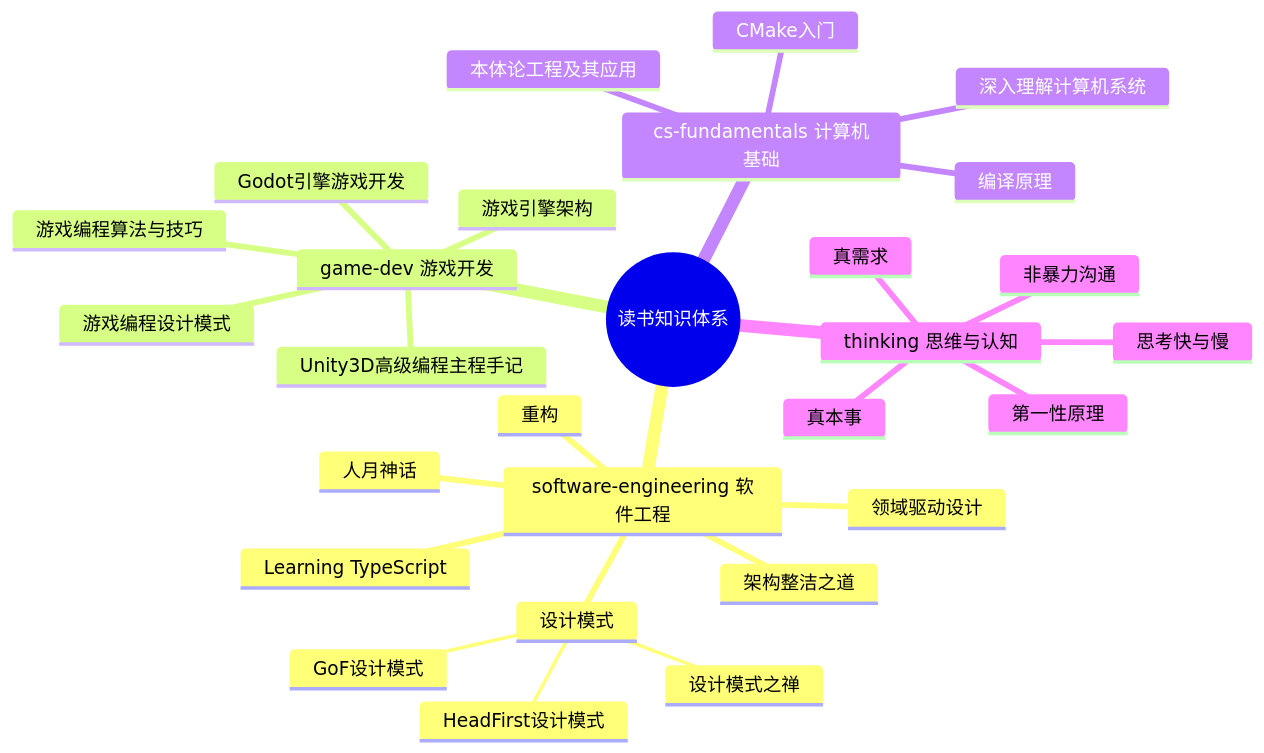
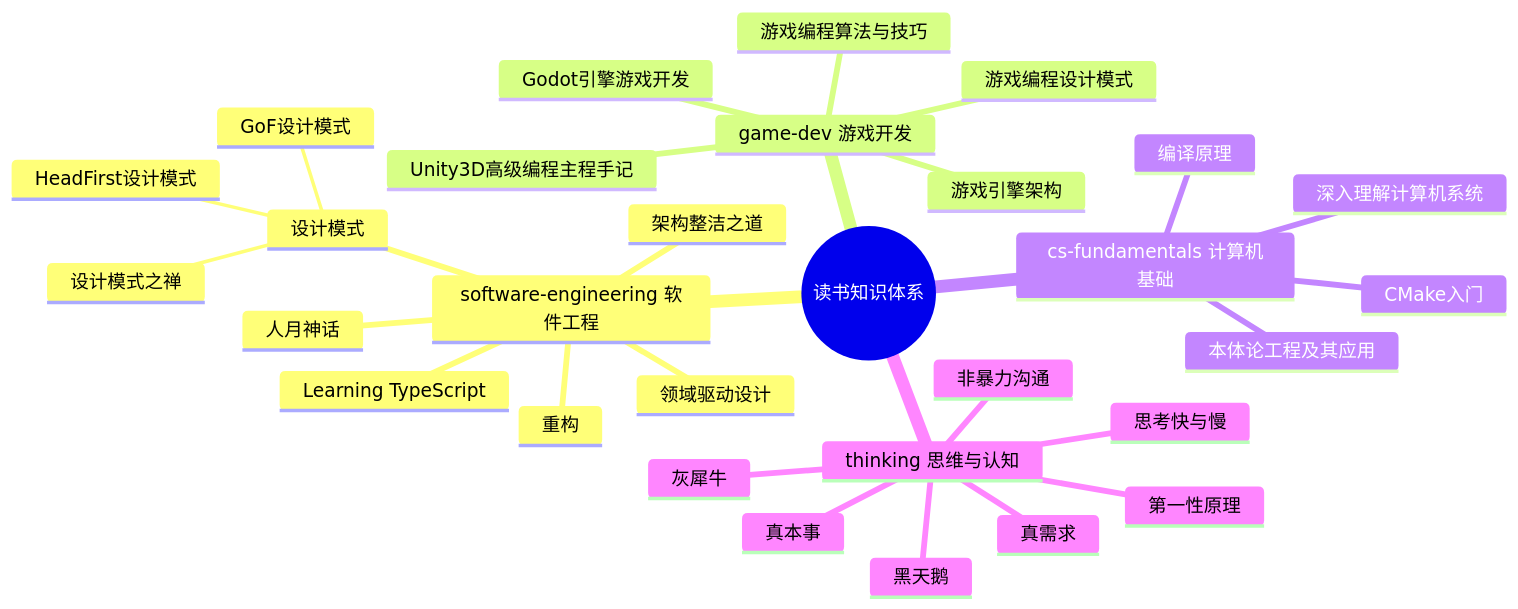
One commit to hongyesuifeng/readbooks changed the first of 2 diagrams in books/知识关联图谱.md. Above: the diagram before and after it, drawn with Mermaid. The commit also changed other lines of this file and 2 other files, not shown here.

Commit message:
新增《黑天鹅》《灰犀牛》读书笔记，更新知识关联图谱

````diff
--- a/books/知识关联图谱.md
+++ b/books/知识关联图谱.md
@@ -9,31 +9,33 @@
 ```mermaid
 mindmap
   root((读书知识体系))
     software-engineering 软件工程
       设计模式
         GoF设计模式
         HeadFirst设计模式
         设计模式之禅
       重构
       架构整洁之道
       领域驱动设计
       人月神话
       Learning TypeScript
     game-dev 游戏开发
       游戏引擎架构
       游戏编程设计模式
       游戏编程算法与技巧
       Godot引擎游戏开发
       Unity3D高级编程主程手记
     cs-fundamentals 计算机基础
       编译原理
       深入理解计算机系统
       本体论工程及其应用
       CMake入门
     thinking 思维与认知
       第一性原理
       思考快与慢
       真本事
       非暴力沟通
       真需求
+      黑天鹅
+      灰犀牛
 ```
````
